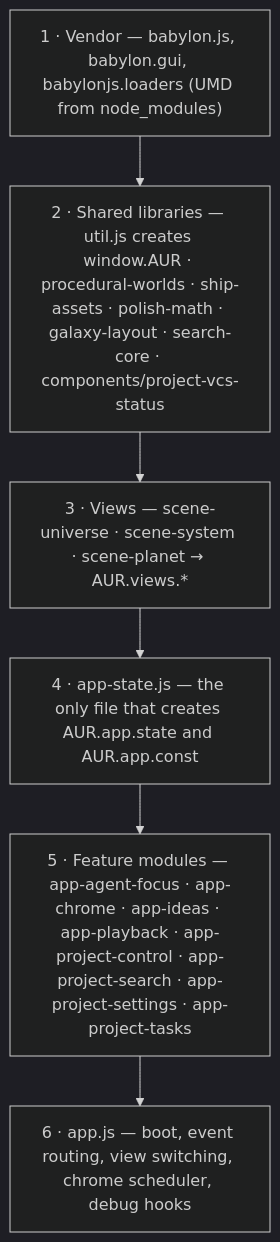
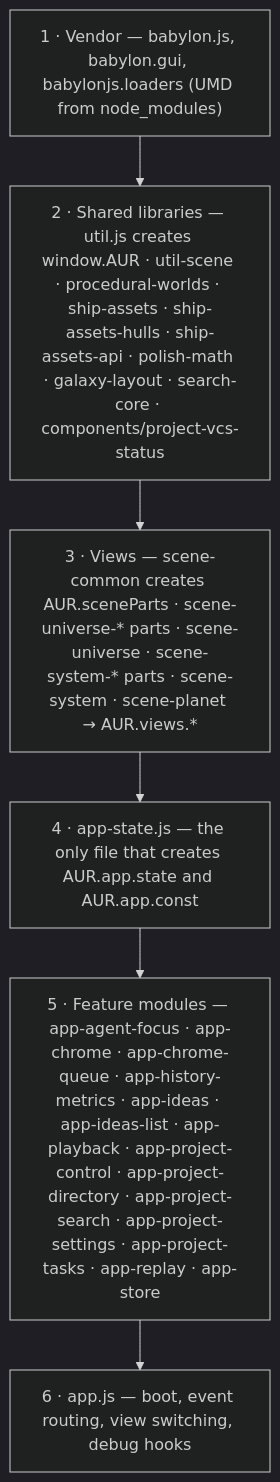
Before and after one commit to MatthewNorton/agent-orrery: the fourth of 4 diagrams in .docs/architecture.md, drawn with Mermaid (dark theme). The commit also changed other lines of this file and 1 other file, not shown here.

First line of the commit message:
docs: architecture map for the live/, history/, universe/ and renderer splits

````diff
--- a/.docs/architecture.md
+++ b/.docs/architecture.md
@@ -385,10 +423,10 @@
 ```mermaid
 flowchart TB
   V["1 · Vendor — babylon.js, babylon.gui, babylonjs.loaders (UMD from node_modules)"]
-  L["2 · Shared libraries — util.js creates window.AUR · procedural-worlds · ship-assets · polish-math · galaxy-layout · search-core · components/project-vcs-status"]
-  S["3 · Views — scene-universe · scene-system · scene-planet → AUR.views.*"]
+  L["2 · Shared libraries — util.js creates window.AUR · util-scene · procedural-worlds · ship-assets · ship-assets-hulls · ship-assets-api · polish-math · galaxy-layout · search-core · components/project-vcs-status"]
+  S["3 · Views — scene-common creates AUR.sceneParts · scene-universe-* parts · scene-universe · scene-system-* parts · scene-system · scene-planet → AUR.views.*"]
   ST["4 · app-state.js — the only file that creates AUR.app.state and AUR.app.const"]
-  M["5 · Feature modules — app-agent-focus · app-chrome · app-ideas · app-playback · app-project-control · app-project-search · app-project-settings · app-project-tasks"]
-  A["6 · app.js — boot, event routing, view switching, chrome scheduler, debug hooks"]
+  M["5 · Feature modules — app-agent-focus · app-chrome · app-chrome-queue · app-history-metrics · app-ideas · app-ideas-list · app-playback · app-project-control · app-project-directory · app-project-search · app-project-settings · app-project-tasks · app-replay · app-store"]
+  A["6 · app.js — boot, event routing, view switching, debug hooks"]
   V --> L --> S --> ST --> M --> A
 ```
````
